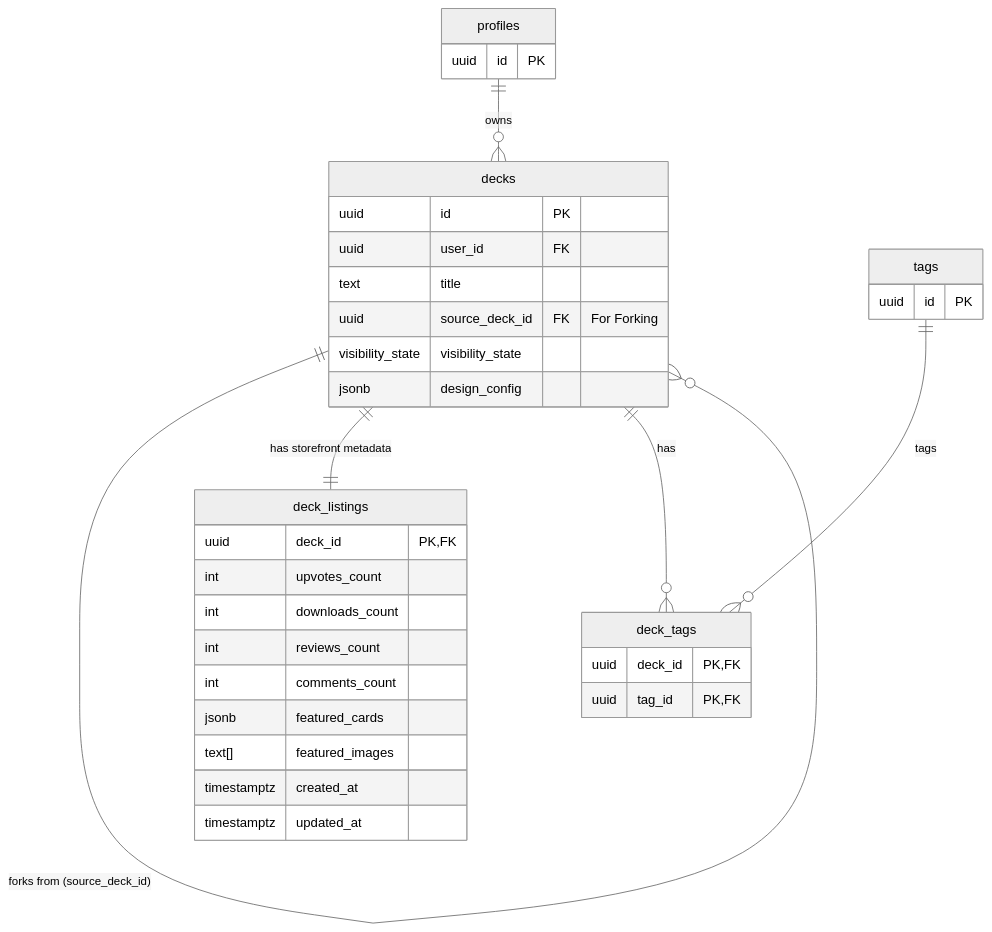
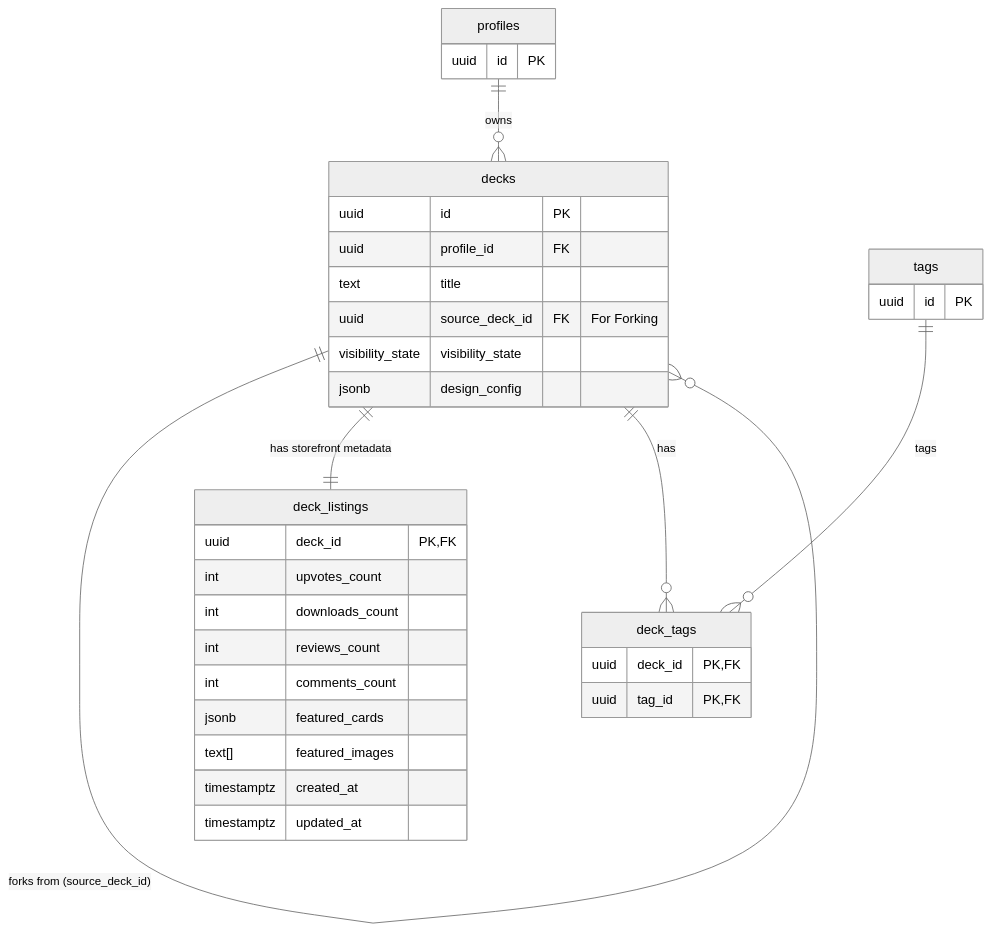
The second of 6 diagrams in supabase/context/schema_diagram.md (GuyWithBag/boo_mondai), drawn with Mermaid (neutral theme) before and after one commit. The commit also changed other lines of this file and 25 other files, not shown here.

Commit message:
chore(supabase): consolidate schema migrations

````diff
--- a/supabase/context/schema_diagram.md
+++ b/supabase/context/schema_diagram.md
@@ -41,43 +41,43 @@
 ```mermaid
 erDiagram
     profiles {
         uuid id PK
     }
 
     decks {
         uuid id PK
-        uuid user_id FK
+        uuid profile_id FK
         text title
         uuid source_deck_id FK "For Forking"
         visibility_state visibility_state
         jsonb design_config
     }
 
     deck_listings {
         uuid deck_id PK, FK
         int upvotes_count
         int downloads_count
         int reviews_count
         int comments_count
         jsonb featured_cards
         text[] featured_images
         timestamptz created_at
         timestamptz updated_at
     }
 
     deck_tags {
         uuid deck_id PK, FK
         uuid tag_id PK, FK
     }
 
     tags {
         uuid id PK
     }
 
     profiles ||--o{ decks : "owns"
     decks ||--o{ decks : "forks from (source_deck_id)"
     decks ||--|| deck_listings : "has storefront metadata"
     decks ||--o{ deck_tags : "has"
     tags ||--o{ deck_tags : "tags"
 
 ```
````
